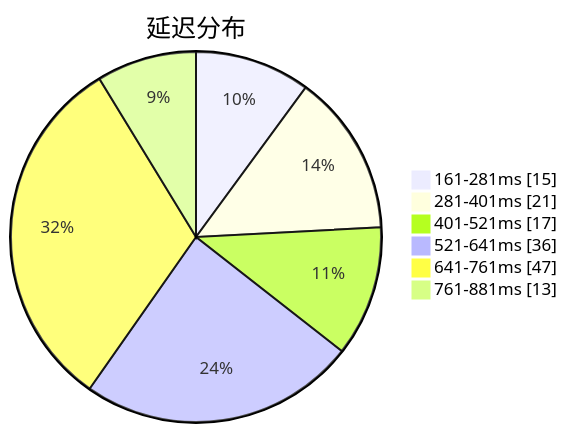
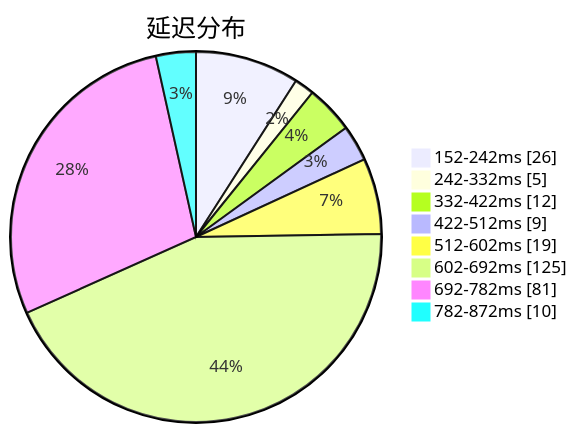
The first of 3 diagrams in subs/statistics/tested_within.md (qjlxg/airport), drawn with Mermaid before and after one commit. The commit also changed other lines of this file and 2 other files, not shown here.

Commit message:
Tested by metaST

````diff
--- a/subs/statistics/tested_within.md
+++ b/subs/statistics/tested_within.md
@@ -2,10 +2,12 @@
 ```mermaid
 pie showData
 title 延迟分布
-"161-281ms" : 15
-"281-401ms" : 21
-"401-521ms" : 17
-"521-641ms" : 36
-"641-761ms" : 47
-"761-881ms" : 13
+"152-242ms" : 26
+"242-332ms" : 5
+"332-422ms" : 12
+"422-512ms" : 9
+"512-602ms" : 19
+"602-692ms" : 125
+"692-782ms" : 81
+"782-872ms" : 10
 ```
````
